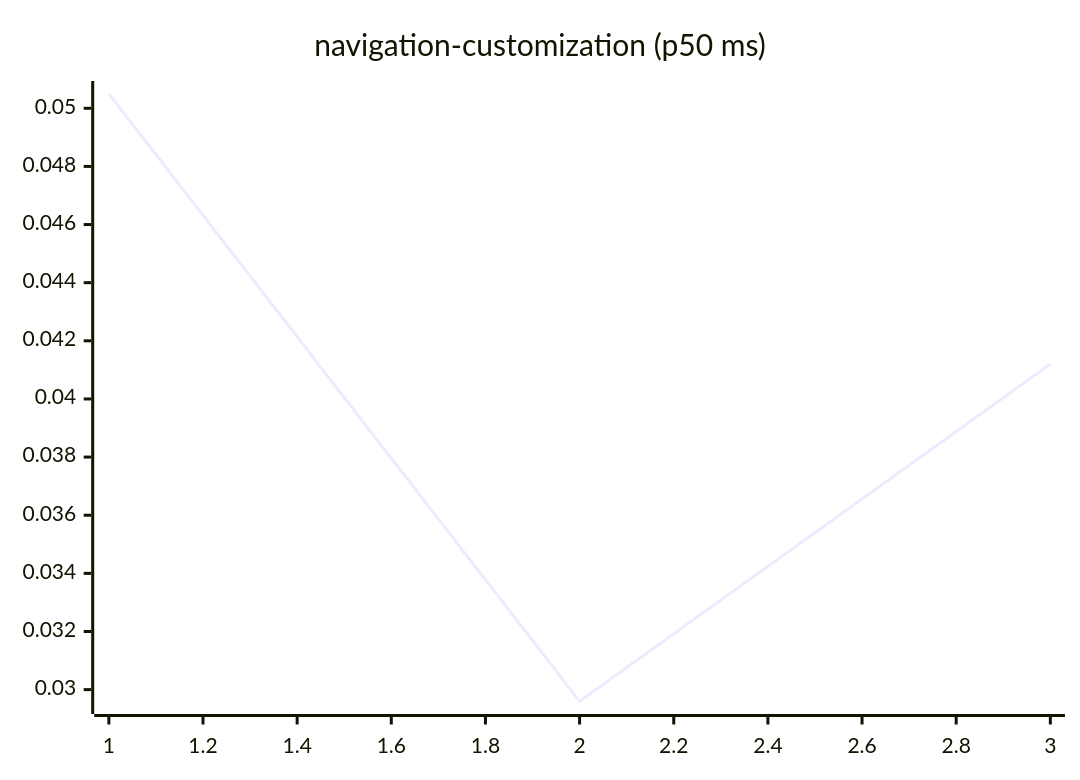
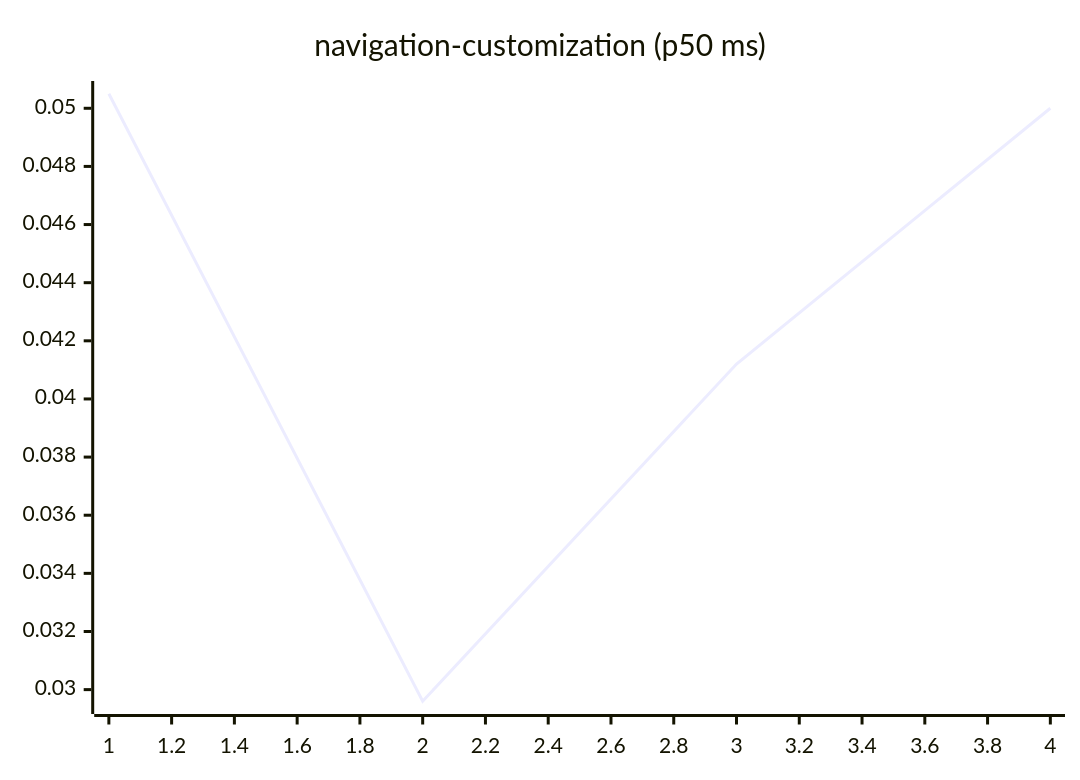
One commit to josha/Facet changed diagram 15 of 27 in README.md. Above: the diagram before and after it, drawn with Mermaid. The commit also changed other lines of this file and 2 other files, not shown here.

````diff
--- a/README.md
+++ b/README.md
@@ -161,6 +161,6 @@
 ```mermaid
 xychart-beta
     title "navigation-customization (p50 ms)"
-    x-axis 1 --> 3
-    line [0.0505, 0.0296, 0.0412]
+    x-axis 1 --> 4
+    line [0.0505, 0.0296, 0.0412, 0.0500]
 ```
````
